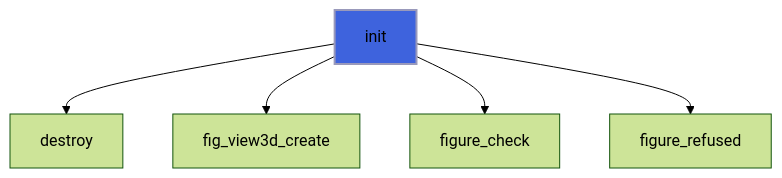
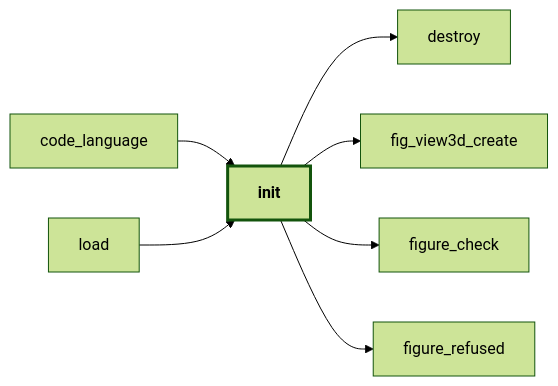
Before and after one commit to szaghi/figure: the second of 39 diagrams in docs/api/src/lib/figure_view3d.md, drawn with Mermaid (forest theme). The commit also changed other lines of this file and 54 other files, not shown here.

````diff
--- a/docs/api/src/lib/figure_view3d.md
+++ b/docs/api/src/lib/figure_view3d.md
@@ -212,8 +235,17 @@
 ```mermaid
-flowchart TD
+flowchart LR
+  code_language["code_language"] --> init["init"]
+  load["load"] --> init["init"]
   init["init"] --> destroy["destroy"]
   init["init"] --> fig_view3d_create["fig_view3d_create"]
   init["init"] --> figure_check["figure_check"]
   init["init"] --> figure_refused["figure_refused"]
-  style init fill:#3e63dd,stroke:#99b,stroke-width:2px
+  classDef focus stroke-width:3px,font-weight:bold
+  class init focus
+  click code_language href "figure_editor.html#code-language" "code_language"
+  click load href "figure_texture.html#load" "load"
+  click figure_refused href "figure_base.html#figure-refused" "figure_refused"
+  click destroy href "figure_app.html#destroy" "destroy"
+  click figure_check href "figure_base.html#figure-check" "figure_check"
+  click fig_view3d_create href "#fig-view3d-create" "fig_view3d_create"
 ```
````
